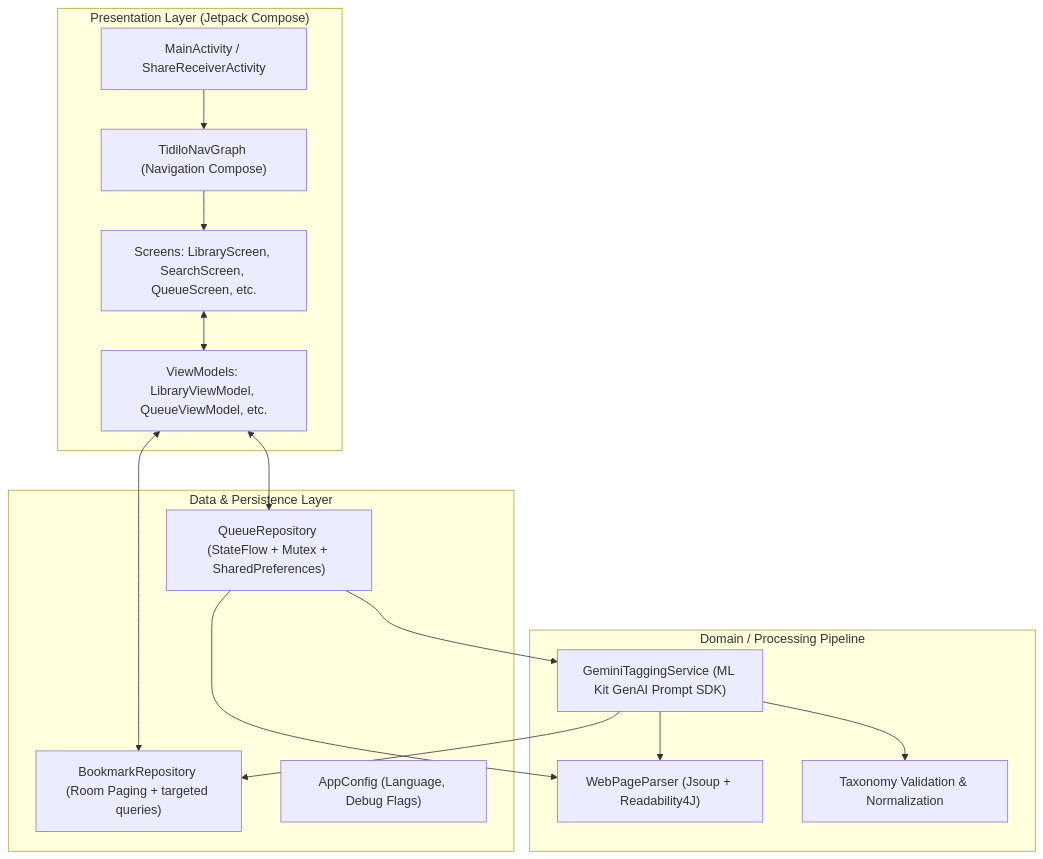
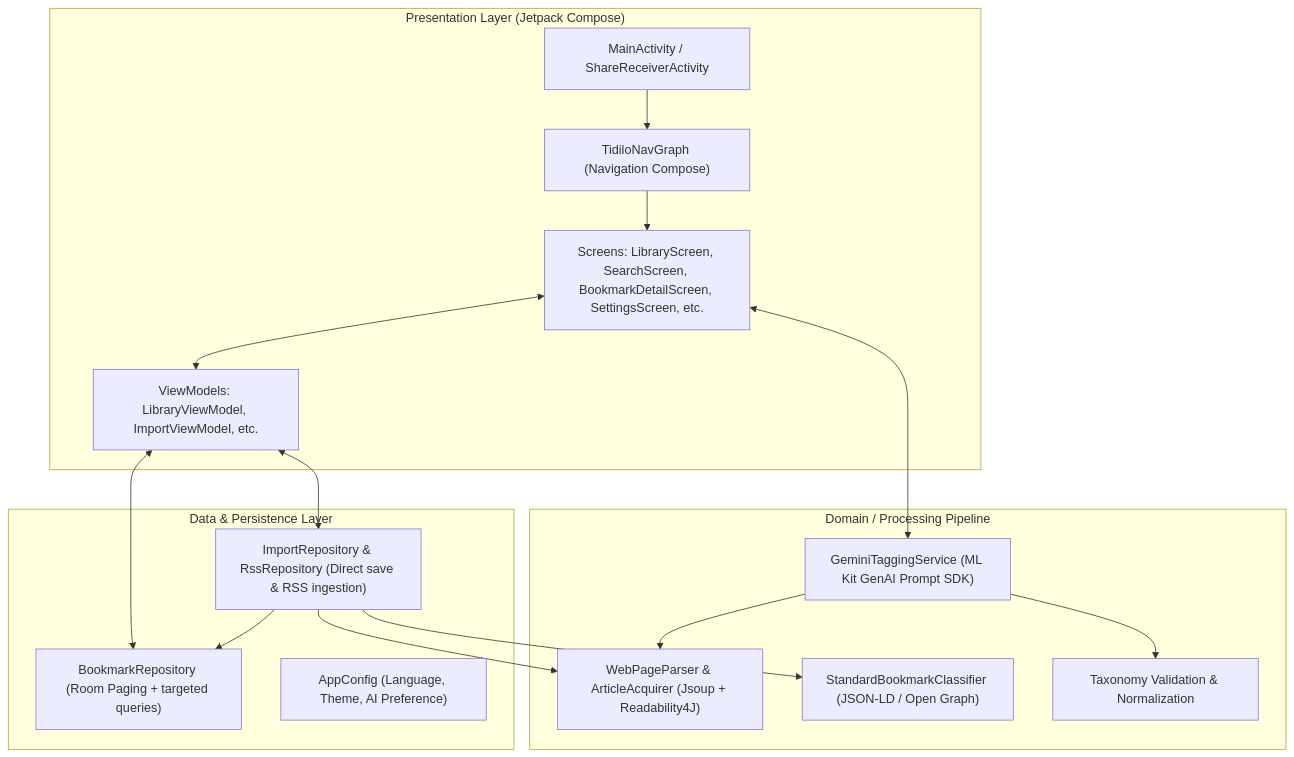
The diagram in docs/overview.md (bubblespark/Tidilo), drawn with Mermaid before and after one commit. The commit also changed other lines of this file and 11 other files, not shown here.

````diff
--- a/docs/overview.md
+++ b/docs/overview.md
@@ -23,32 +24,34 @@
 ```mermaid
 flowchart TD
     subgraph UI_Layer ["Presentation Layer (Jetpack Compose)"]
         Activity["MainActivity / ShareReceiverActivity"]
         NavGraph["TidiloNavGraph (Navigation Compose)"]
-        Screens["Screens: LibraryScreen, SearchScreen, QueueScreen, etc."]
-        ViewModels["ViewModels: LibraryViewModel, QueueViewModel, etc."]
+        Screens["Screens: LibraryScreen, SearchScreen, BookmarkDetailScreen, SettingsScreen, etc."]
+        ViewModels["ViewModels: LibraryViewModel, ImportViewModel, etc."]
     end
 
     subgraph Service_Layer ["Domain / Processing Pipeline"]
-        Scraper["WebPageParser (Jsoup + Readability4J)"]
+        Scraper["WebPageParser & ArticleAcquirer (Jsoup + Readability4J)"]
+        Classifier["StandardBookmarkClassifier (JSON-LD / Open Graph)"]
         AICoreService["GeminiTaggingService (ML Kit GenAI Prompt SDK)"]
         TaxonomyEngine["Taxonomy Validation & Normalization"]
     end
 
     subgraph Data_Layer ["Data & Persistence Layer"]
         BRepo["BookmarkRepository (Room Paging + targeted queries)"]
-        QRepo["QueueRepository (StateFlow + Mutex + SharedPreferences)"]
-        Config["AppConfig (Language, Debug Flags)"]
+        IRepo["ImportRepository & RssRepository (Direct save & RSS ingestion)"]
+        Config["AppConfig (Language, Theme, AI Preference)"]
     end
 
     Activity --> NavGraph
     NavGraph --> Screens
     Screens <--> ViewModels
     ViewModels <--> BRepo
-    ViewModels <--> QRepo
-    QRepo --> Scraper
-    QRepo --> AICoreService
+    ViewModels <--> IRepo
+    IRepo --> Scraper
+    IRepo --> Classifier
+    IRepo --> BRepo
+    Screens <--> AICoreService
     AICoreService --> Scraper
     AICoreService --> TaxonomyEngine
-    AICoreService --> BRepo
 ```
````
